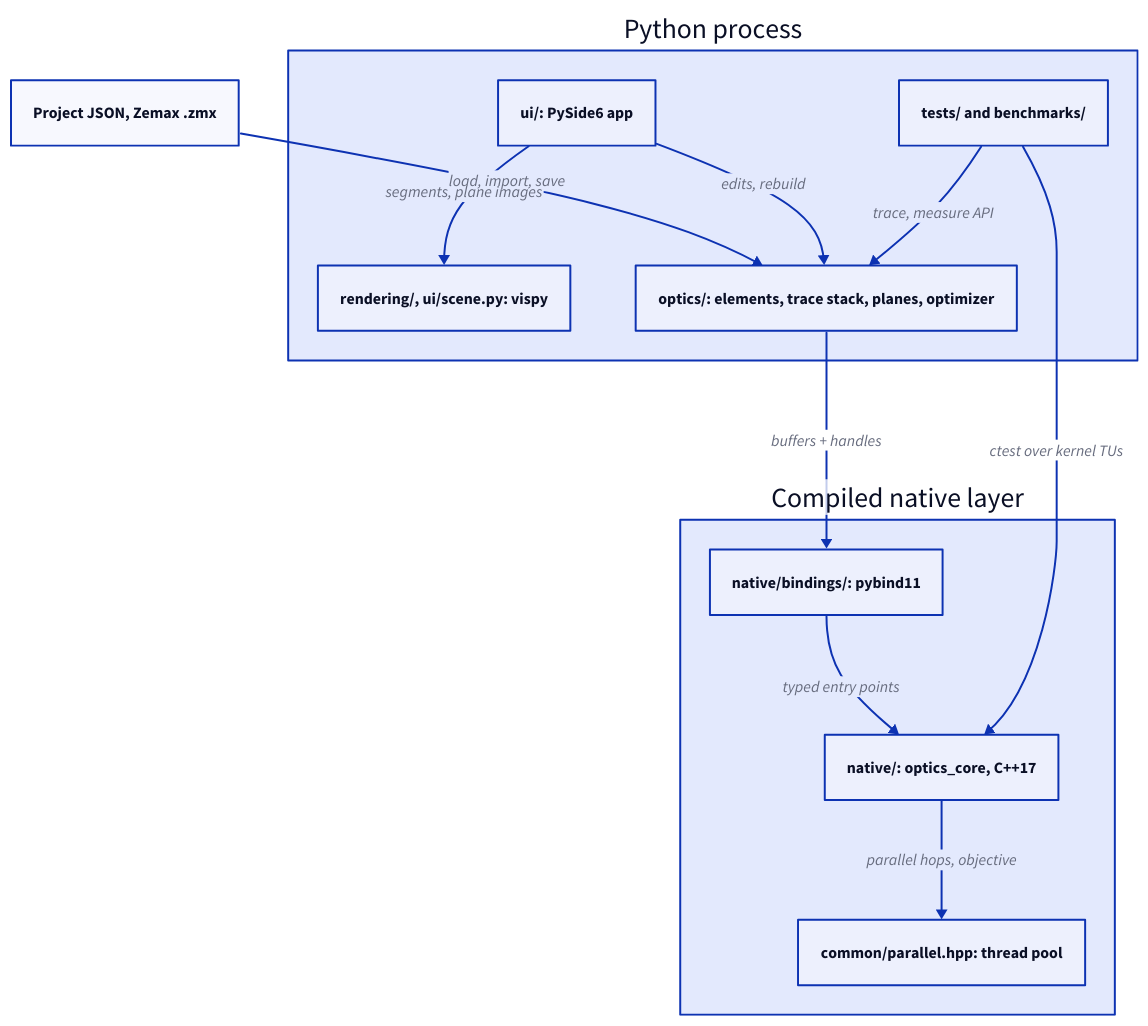
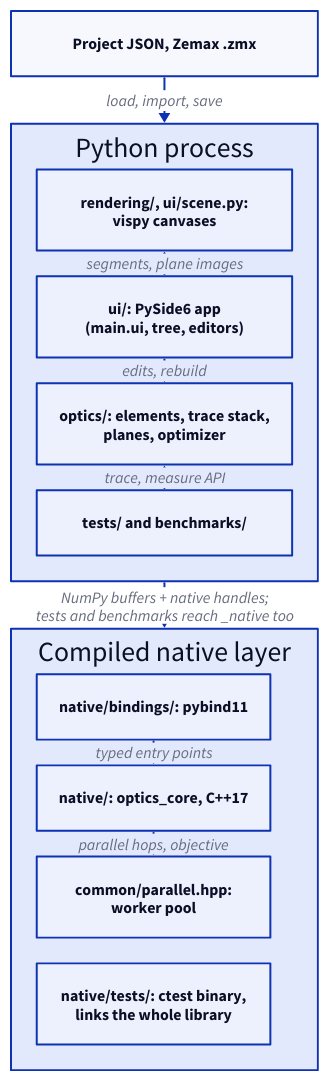
Before and after one commit to propane865/OpticsSimulator: the diagram in docs/diagrams/system-overview.d2, drawn with D2. The commit also changed 16 other files, not shown here.

Commit message:
docs: update diagrams and architecture

```diff
--- a/docs/diagrams/system-overview.d2
+++ b/docs/diagrams/system-overview.d2
@@ -1,25 +1,32 @@
-direction: down
+grid-rows: 3
+grid-gap: 48
+
+doc: "Project JSON, Zemax .zmx"
 
 py: "Python process" {
-  app: "ui/: PySide6 app"
-  scene: "rendering/, ui/scene.py: vispy"
-  domain: "optics/: elements, trace stack, planes, optimizer"
+  grid-rows: 4
+  grid-gap: 26
+  scene: "rendering/, ui/scene.py:\nvispy canvases"
+  app: "ui/: PySide6 app\n(main.ui, tree, editors)"
+  domain: "optics/: elements, trace stack,\nplanes, optimizer"
   cons: "tests/ and benchmarks/"
+
+  app -> scene: "segments, plane images"
+  app -> domain: "edits, rebuild"
+  cons -> domain: "trace, measure API"
 }
 
 nat: "Compiled native layer" {
+  grid-rows: 4
+  grid-gap: 26
   abi: "native/bindings/: pybind11"
   kern: "native/: optics_core, C++17"
-  pool: "common/parallel.hpp: thread pool"
+  pool: "common/parallel.hpp:\nworker pool"
+  ntests: "native/tests/: ctest binary,\nlinks the whole library"
+
+  abi -> kern: "typed entry points"
+  kern -> pool: "parallel hops, objective"
 }
 
-doc: "Project JSON, Zemax .zmx"
-
-doc -> py.domain: "load, import, save"
-py.app -> py.domain: "edits, rebuild"
-py.app -> py.scene: "segments, plane images"
-py.domain -> nat.abi: "buffers + handles"
-nat.abi -> nat.kern: "typed entry points"
-nat.kern -> nat.pool: "parallel hops, objective"
-py.cons -> py.domain: "trace, measure API"
-py.cons -> nat.kern: "ctest over kernel TUs"
+doc -> py: "load, import, save"
+py -> nat: "NumPy buffers + native handles;\ntests and benchmarks reach _native too"
```
